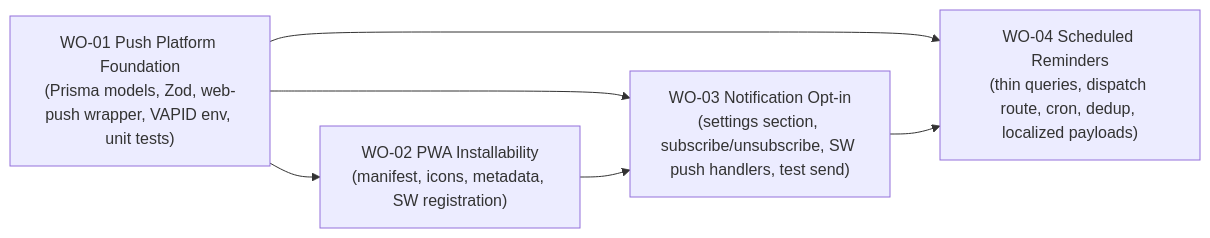
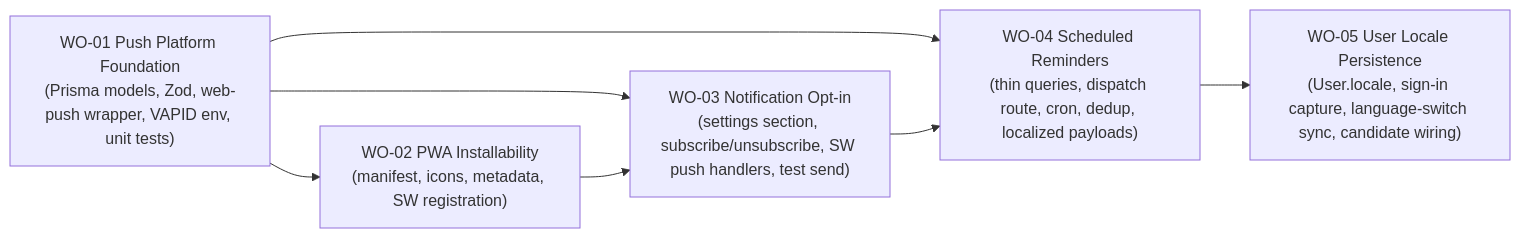
Before and after one commit to MineiToshio/PandaTrack: the diagram in docs/product/prd-02-collector-app/frd-09-reminders-and-notifications/bp-01-pwa-and-push-reminders-platform/bp-01-pwa-and-push-reminders-platform.md, drawn with Mermaid. The commit also changed other lines of this file and 14 other files, not shown here.

````diff
--- a/docs/product/prd-02-collector-app/frd-09-reminders-and-notifications/bp-01-pwa-and-push-reminders-platform/bp-01-pwa-and-push-reminders-platform.md
+++ b/docs/product/prd-02-collector-app/frd-09-reminders-and-notifications/bp-01-pwa-and-push-reminders-platform/bp-01-pwa-and-push-reminders-platform.md
@@ -118,13 +119,15 @@
 ```mermaid
 flowchart LR
   WO01["WO-01 Push Platform Foundation<br/>(Prisma models, Zod, web-push wrapper, VAPID env, unit tests)"]
   WO02["WO-02 PWA Installability<br/>(manifest, icons, metadata, SW registration)"]
   WO03["WO-03 Notification Opt-in<br/>(settings section, subscribe/unsubscribe, SW push handlers, test send)"]
   WO04["WO-04 Scheduled Reminders<br/>(thin queries, dispatch route, cron, dedup, localized payloads)"]
+  WO05["WO-05 User Locale Persistence<br/>(User.locale, sign-in capture, language-switch sync, candidate wiring)"]
 
   WO01 --> WO02
   WO01 --> WO03
   WO01 --> WO04
   WO02 --> WO03
   WO03 --> WO04
+  WO04 --> WO05
 ```
````
